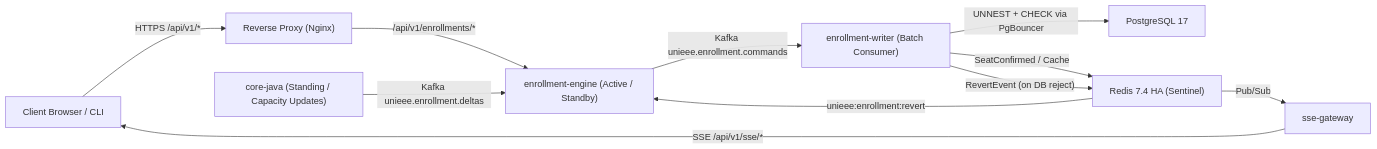
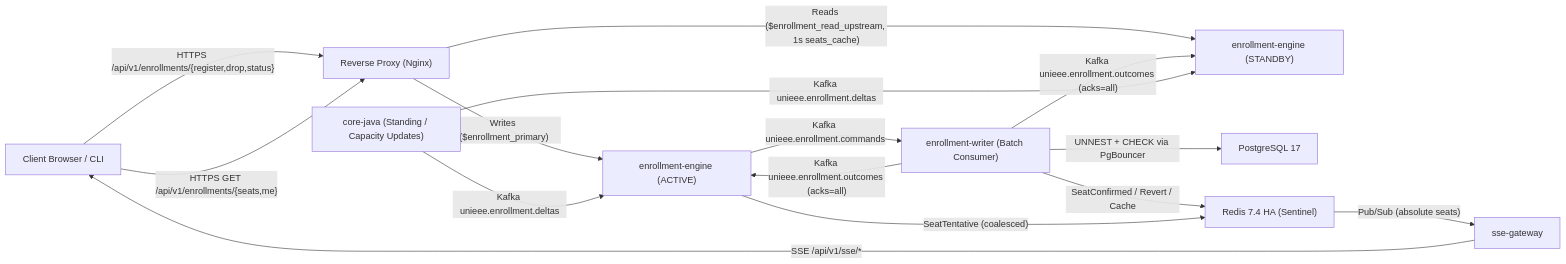
The third of 3 diagrams in guides/en/architecture.md (D3etMe4n/unieee), drawn with Mermaid before and after one commit. The commit also changed other lines of this file and 13 other files, not shown here.

Commit message:
docs(guides): document Kafka enrollment outcomes, hot-path read split, and core-java read-through cache

````diff
--- a/guides/en/architecture.md
+++ b/guides/en/architecture.md
@@ -97,13 +102,17 @@
 ```mermaid
 flowchart LR
-    Client["Client Browser / CLI"] -->|"HTTPS /api/v1/*"| Nginx["Reverse Proxy (Nginx)"]
-    Nginx -->|"/api/v1/enrollments/*"| Engine["enrollment-engine (Active / Standby)"]
-    Engine -->|"Kafka unieee.enrollment.commands"| Writer["enrollment-writer (Batch Consumer)"]
+    Client["Client Browser / CLI"] -->|"HTTPS /api/v1/enrollments/{register,drop,status}"| Nginx["Reverse Proxy (Nginx)"]
+    Client -->|"HTTPS GET /api/v1/enrollments/{seats,me}"| Nginx
+    Nginx -->|"Writes ($enrollment_primary)"| Active["enrollment-engine (ACTIVE)"]
+    Nginx -->|"Reads ($enrollment_read_upstream, 1s seats_cache)"| Standby["enrollment-engine (STANDBY)"]
+    Active -->|"Kafka unieee.enrollment.commands"| Writer["enrollment-writer (Batch Consumer)"]
     Writer -->|"UNNEST + CHECK via PgBouncer"| PG["PostgreSQL 17"]
-    Writer -->|"SeatConfirmed / Cache"| Redis["Redis 7.4 HA (Sentinel)"]
-    Writer -->|"RevertEvent (on DB reject)"| Redis
-    Redis -->|"unieee:enrollment:revert"| Engine
-    Redis -->|"Pub/Sub"| SSE["sse-gateway"]
+    Writer -->|"Kafka unieee.enrollment.outcomes (acks=all)"| Active
+    Writer -->|"Kafka unieee.enrollment.outcomes (acks=all)"| Standby
+    Writer -->|"SeatConfirmed / Revert / Cache"| Redis["Redis 7.4 HA (Sentinel)"]
+    Active -->|"SeatTentative (coalesced)"| Redis
+    Redis -->|"Pub/Sub (absolute seats)"| SSE["sse-gateway"]
     SSE -->|"SSE /api/v1/sse/*"| Client
-    Core["core-java (Standing / Capacity Updates)"] -->|"Kafka unieee.enrollment.deltas"| Engine
+    Core["core-java (Standing / Capacity Updates)"] -->|"Kafka unieee.enrollment.deltas"| Active
+    Core -->|"Kafka unieee.enrollment.deltas"| Standby
 ```
````
